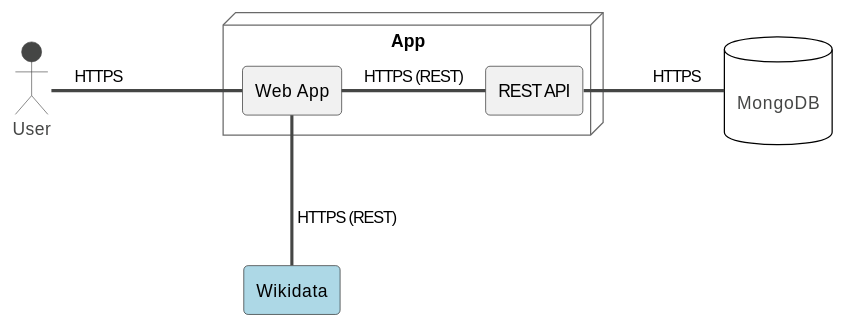
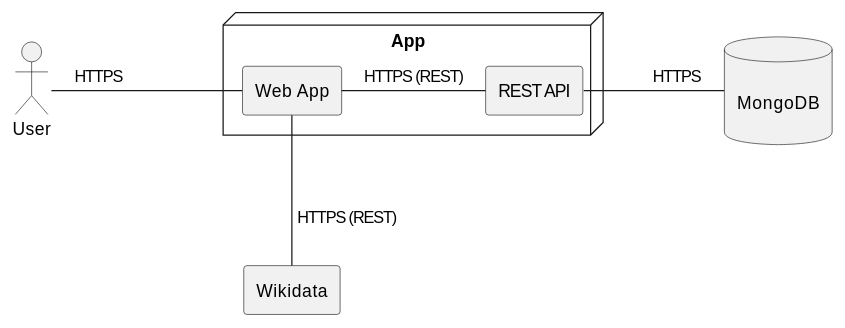
Before and after one commit to Arquisoft/wiq_es6c: the diagram in docs/src/03_system_scope_and_context.adoc, drawn with PlantUML.

Commit message:
Removed styling

```diff
--- a/docs/src/03_system_scope_and_context.adoc
+++ b/docs/src/03_system_scope_and_context.adoc
@@ -72,31 +72,19 @@
 [plantuml, "Technical Context diagram", png]
 ----
 
-!theme vibrant
-
-<style>
-    arrow {
-        LineThickness 2.5
-    }
-    database {
-        LineThickness: 1
-        LineColor: black
-    }
-</style>
-
 actor "User"
-database "\nMongoDB\n" as MongoDB    #white
+database "\nMongoDB\n" as MongoDB
 
 node "App"{
     rectangle "Web App"
     rectangle "REST API"
 }
 
-rectangle "Wikidata" #lightblue 
+rectangle "Wikidata" 
 
 User -right- "Web App" : "HTTPS                       "
 "Web App" -right- "REST API" : HTTPS (REST)
 "REST API" -right-- "MongoDB" : "           HTTPS"
 "Web App" -down- "Wikidata" : "\n HTTPS (REST)"
 
 ----
```
